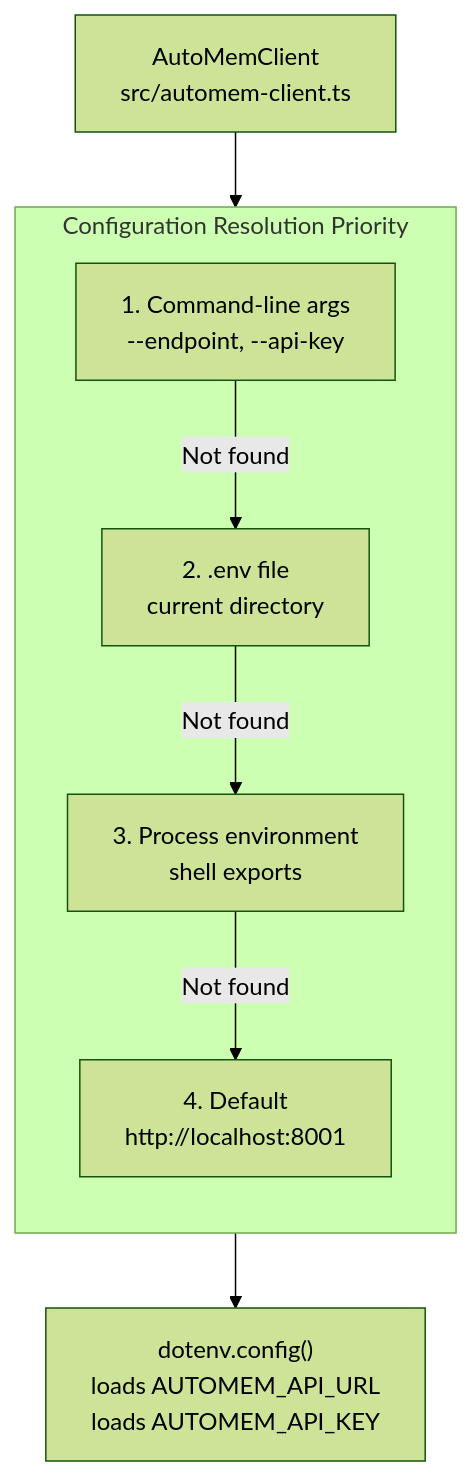
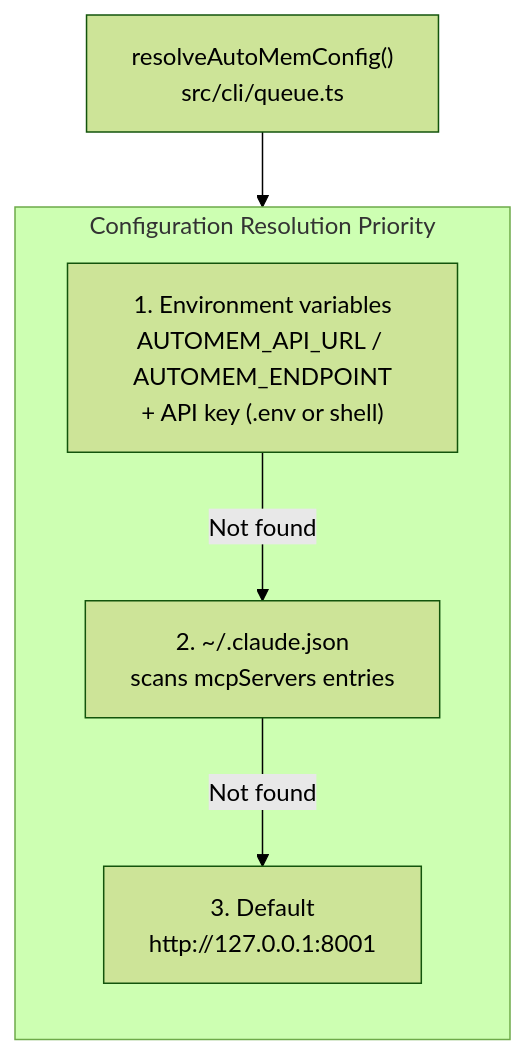
One commit to verygoodplugins/automem-website changed the second of 2 diagrams in src/content/docs/docs/cli/config-tools.md. Above: the diagram before and after it, drawn with Mermaid (forest theme). The commit also changed other lines of this file, not shown here.

Commit message:
docs: fix drift in Configuration Tools (#242)
Verified cli/config-tools.md against mcp-automem@946f9e5. Two fixes:
1. readAutoMemApiKeyFromEnv() priority list was missing the
   CLAUDE_PLUGIN_OPTION_API_KEY/API_TOKEN plugin-option fallbacks that
   the function actually checks (src/env.ts).
2. The "Configuration File Locations" mermaid diagram claimed a
   --endpoint/--api-key CLI flag path feeding resolveAutoMemConfig();
   no such flags exist anywhere in the CLI (queue.ts's parseQueueArgs
   only accepts --file/--dry-run/--limit), and the diagram wrongly
   attributed the resolution flow to AutoMemClient, which never parses
   CLI args. Replaced with the real env -> ~/.claude.json -> default
   flow, matching the accurate prose already below it.

````diff
--- a/src/content/docs/docs/cli/config-tools.md
+++ b/src/content/docs/docs/cli/config-tools.md
@@ -93,17 +97,13 @@
 ```mermaid
 graph TB
     subgraph "Configuration Resolution Priority"
         direction TB
-        CMD["1. Command-line args<br/>--endpoint, --api-key"]
-        ENV_FILE["2. .env file<br/>current directory"]
-        PROCESS_ENV["3. Process environment<br/>shell exports"]
-        DEFAULT["4. Default<br/>http://localhost:8001"]
+        ENV["1. Environment variables<br/>AUTOMEM_API_URL / AUTOMEM_ENDPOINT<br/>+ API key (.env or shell)"]
+        CLAUDE_JSON["2. ~/.claude.json<br/>scans mcpServers entries"]
+        DEFAULT["3. Default<br/>http://127.0.0.1:8001"]
     end
 
-    AUTO_CLIENT["AutoMemClient<br/>src/automem-client.ts"] --> CMD
-    CMD -->|Not found| ENV_FILE
-    ENV_FILE -->|Not found| PROCESS_ENV
-    PROCESS_ENV -->|Not found| DEFAULT
-
-    ENV_FILE --> DOT_ENV["dotenv.config()<br/>loads AUTOMEM_API_URL<br/>loads AUTOMEM_API_KEY"]
+    RESOLVE["resolveAutoMemConfig()<br/>src/cli/queue.ts"] --> ENV
+    ENV -->|Not found| CLAUDE_JSON
+    CLAUDE_JSON -->|Not found| DEFAULT
 ```
````
